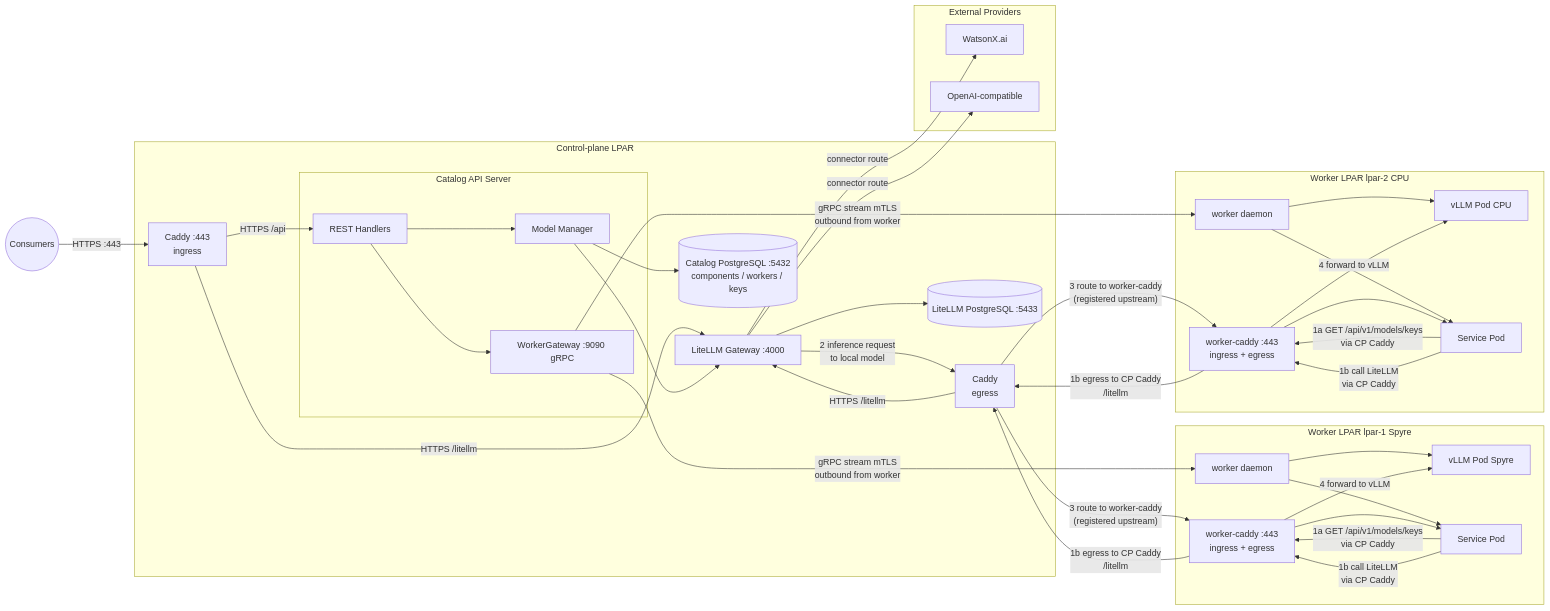
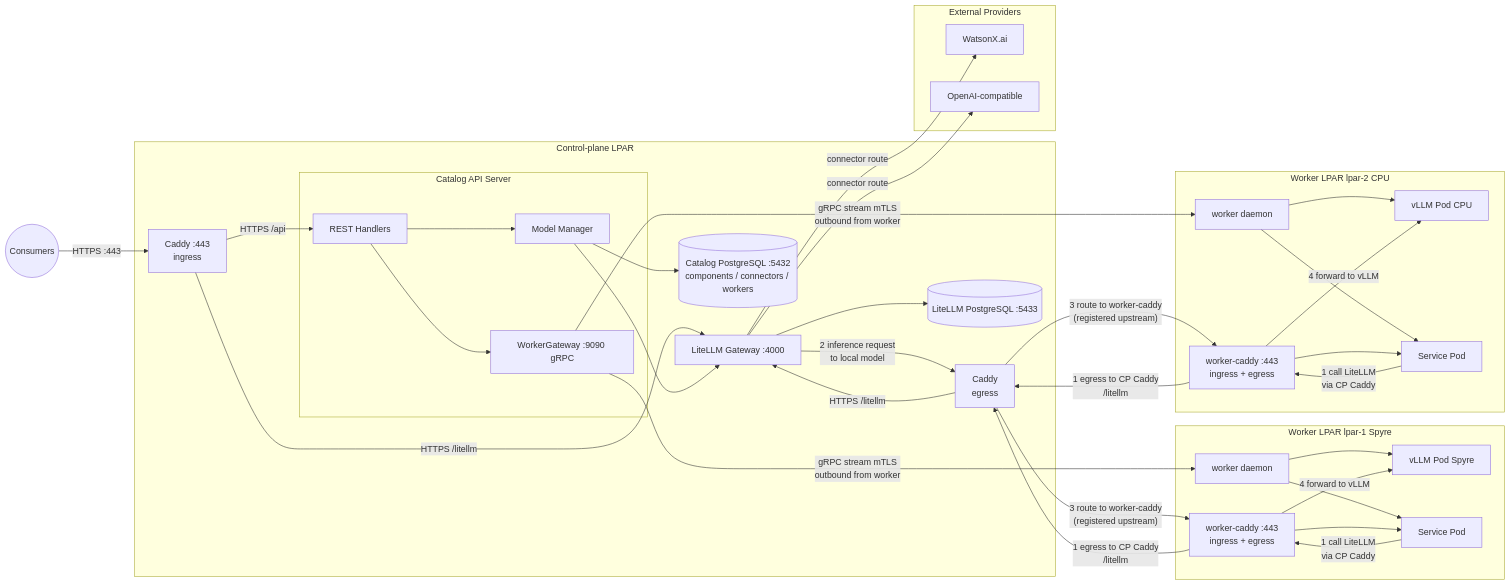
One commit to IBM/project-ai-services changed the first of 3 diagrams in docs/proposals/model-management/model-management-architecture.md. Above: the diagram before and after it, drawn with Mermaid. The commit also changed other lines of this file and 1 other file, not shown here.

Commit message:
Keys removal + Reusability

````diff
--- a/docs/proposals/model-management/model-management-architecture.md
+++ b/docs/proposals/model-management/model-management-architecture.md
@@ -27,67 +29,65 @@
 ```mermaid
 graph LR
     subgraph CP["Control-plane LPAR"]
         CPCADDY["Caddy :443\ningress"]
         CPEGRESS["Caddy\negress"]
         subgraph CPAPIBOX["Catalog API Server"]
             API["REST Handlers"]
             MM["Model Manager"]
             GW["WorkerGateway :9090 gRPC"]
             API --> MM
             API --> GW
         end
         LITELLM["LiteLLM Gateway :4000"]
-        CPDB[("Catalog PostgreSQL :5432\ncomponents / workers / keys")]
+        CPDB[("Catalog PostgreSQL :5432\ncomponents / connectors / workers")]
         LLMDB[("LiteLLM PostgreSQL :5433")]
         CPCADDY -->|"HTTPS /litellm"| LITELLM
         CPCADDY -->|"HTTPS /api"| API
         MM --> LITELLM
         MM --> CPDB
         LITELLM --> LLMDB
         LITELLM -->|"2 inference request\nto local model"| CPEGRESS
     end
 
     subgraph WK1["Worker LPAR lpar-1 Spyre"]
         DA1["worker daemon"]
         CADDY1["worker-caddy :443\ningress + egress"]
         VLLM1["vLLM Pod Spyre"]
         SVC1["Service Pod"]
         DA1 --> VLLM1
         DA1 --> SVC1
         CADDY1 -->|"4 forward to vLLM"| VLLM1
         CADDY1 --> SVC1
-        SVC1 -->|"1a GET /api/v1/models/keys\nvia CP Caddy"| CADDY1
-        SVC1 -->|"1b call LiteLLM\nvia CP Caddy"| CADDY1
+        SVC1 -->|"1 call LiteLLM\nvia CP Caddy"| CADDY1
     end
 
     subgraph WK2["Worker LPAR lpar-2 CPU"]
         DA2["worker daemon"]
         CADDY2["worker-caddy :443\ningress + egress"]
         VLLM2["vLLM Pod CPU"]
         SVC2["Service Pod"]
         DA2 --> VLLM2
         DA2 --> SVC2
         CADDY2 -->|"4 forward to vLLM"| VLLM2
         CADDY2 --> SVC2
-        SVC2 -->|"1a GET /api/v1/models/keys\nvia CP Caddy"| CADDY2
-        SVC2 -->|"1b call LiteLLM\nvia CP Caddy"| CADDY2
+        SVC2 -->|"1 call LiteLLM\nvia CP Caddy"| CADDY2
     end
 
     subgraph EXT["External Providers"]
         WX["WatsonX.ai"]
         OAI["OpenAI-compatible"]
     end
 
     GW -- "gRPC stream mTLS\noutbound from worker" --> DA1
     GW -- "gRPC stream mTLS\noutbound from worker" --> DA2
 
-    CADDY1 -->|"1b egress to CP Caddy\n/litellm"| CPEGRESS
-    CADDY2 -->|"1b egress to CP Caddy\n/litellm"| CPEGRESS
+    CADDY1 -->|"1 egress to CP Caddy\n/litellm"| CPEGRESS
+    CADDY2 -->|"1 egress to CP Caddy\n/litellm"| CPEGRESS
     CPEGRESS -->|"HTTPS /litellm"| LITELLM
     CPEGRESS -->|"3 route to worker-caddy\n(registered upstream)"| CADDY1
     CPEGRESS -->|"3 route to worker-caddy\n(registered upstream)"| CADDY2
     LITELLM -->|"connector route"| WX
     LITELLM -->|"connector route"| OAI
 
     CONSUMERS(("Consumers")) -->|"HTTPS :443"| CPCADDY
 ```
````
